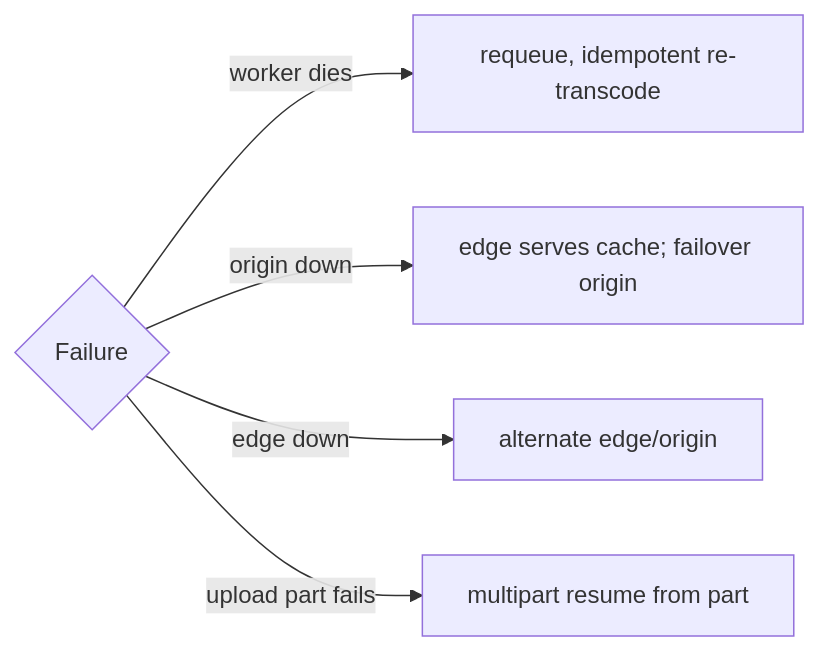
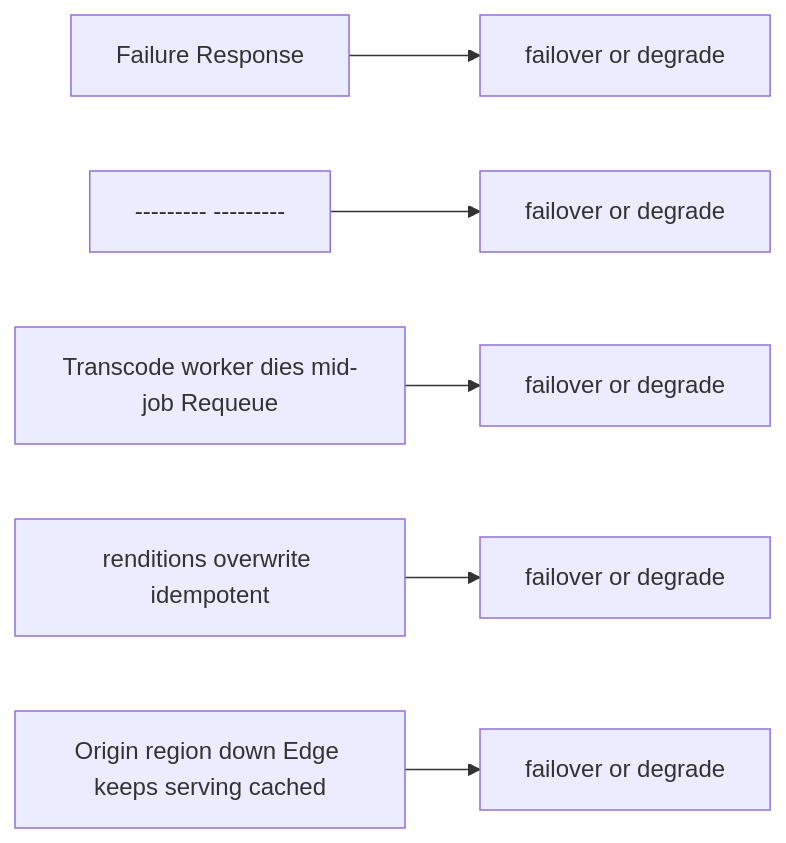
The third of 4 diagrams in case-studies/advanced/video-streaming.md (RIT-MESH/system-design-mastery), drawn with Mermaid before and after one commit. The commit also changed 127 other files, not shown here.

First line of the commit message:
Improve all case study diagrams: case-specific sequences, fix truncated labels

````diff
--- a/case-studies/advanced/video-streaming.md
+++ b/case-studies/advanced/video-streaming.md
@@ -192,9 +192,19 @@
 ```mermaid
 %% created-for: system-design-mastery
 flowchart LR
-  F{"Failure"}
-  F -->|"worker dies"| Req["requeue, idempotent re-transcode"]
-  F -->|"origin down"| Edge["edge serves cache; failover origin"]
-  F -->|"edge down"| Alt["alternate edge/origin"]
-  F -->|"upload part fails"| Res["multipart resume from part"]
+  F1["Failure Response"]
+  M2["failover or degrade"]
+  F1 --> M2
+  F3["--------- ---------"]
+  M4["failover or degrade"]
+  F3 --> M4
+  F5["Transcode worker dies mid-job Requeue"]
+  M6["failover or degrade"]
+  F5 --> M6
+  F7["renditions overwrite idempotent"]
+  M8["failover or degrade"]
+  F7 --> M8
+  F9["Origin region down Edge keeps serving cached"]
+  M10["failover or degrade"]
+  F9 --> M10
 ```
````
